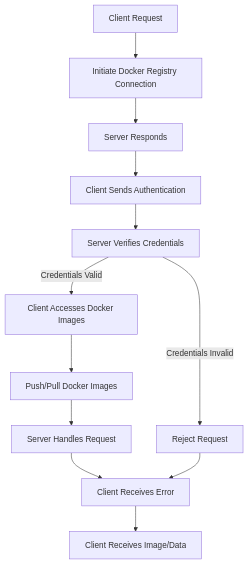
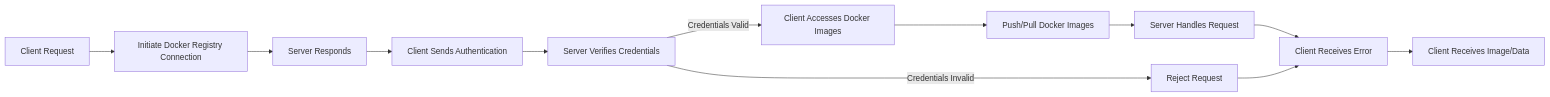
Before and after one commit to muhammadsziyad/redhat-docker-registry: the diagram in readme.md, drawn with Mermaid. The commit also changed other lines of this file, not shown here.

````diff
--- a/readme.md
+++ b/readme.md
@@ -8,14 +8,14 @@
 ```mermaid
-graph TD;
+graph LR;
     A[Client Request] --> B[Initiate Docker Registry Connection]
     B --> C[Server Responds]
     C --> D[Client Sends Authentication]
     D --> E[Server Verifies Credentials]
     E -->|Credentials Valid| F[Client Accesses Docker Images]
     E -->|Credentials Invalid| G[Reject Request]
     F --> H[Push/Pull Docker Images]
     H --> I[Server Handles Request]
     I --> J[Send Response to Client]
     G --> J[Client Receives Error]
     J --> K[Client Receives Image/Data]
 ```
````
